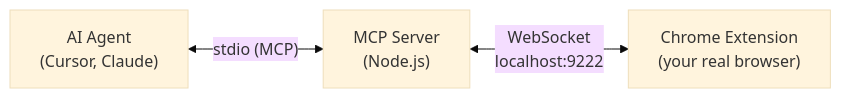
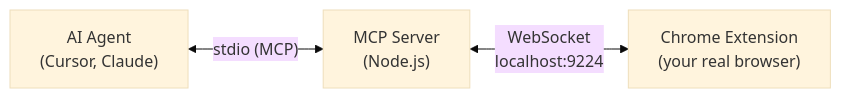
One commit to ofershap/real-browser-mcp changed the diagram in README.md. Above: the diagram before and after it, drawn with Mermaid (base theme). The commit also changed other lines of this file and 4 other files, not shown here.

````diff
--- a/README.md
+++ b/README.md
@@ -204,5 +209,5 @@
 ```mermaid
 flowchart LR
     A["AI Agent\n(Cursor, Claude)"] <-->|"stdio (MCP)"| B["MCP Server\n(Node.js)"]
-    B <-->|"WebSocket\nlocalhost:9222"| C["Chrome Extension\n(your real browser)"]
+    B <-->|"WebSocket\nlocalhost:9224"| C["Chrome Extension\n(your real browser)"]
 ```
````
